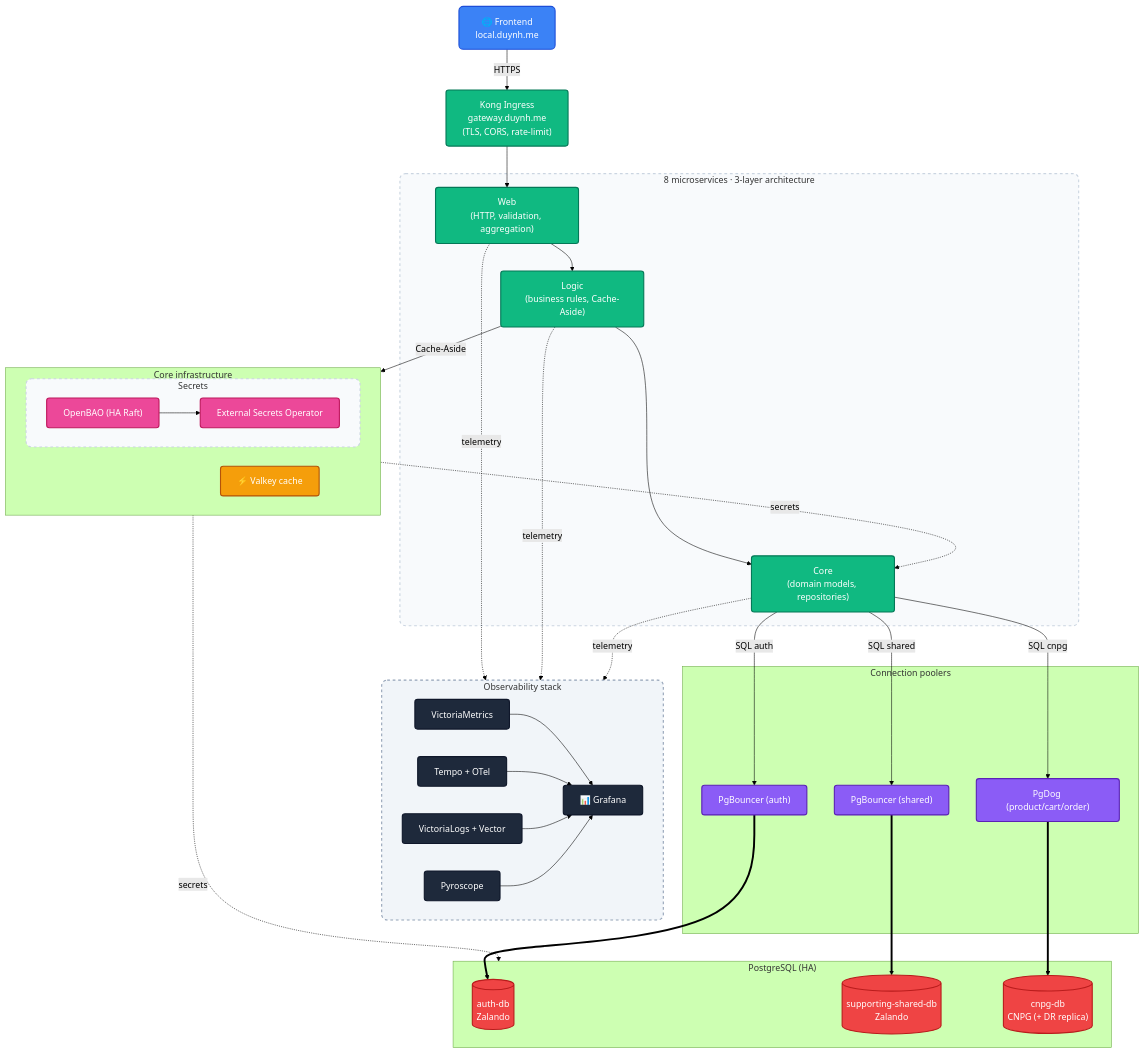
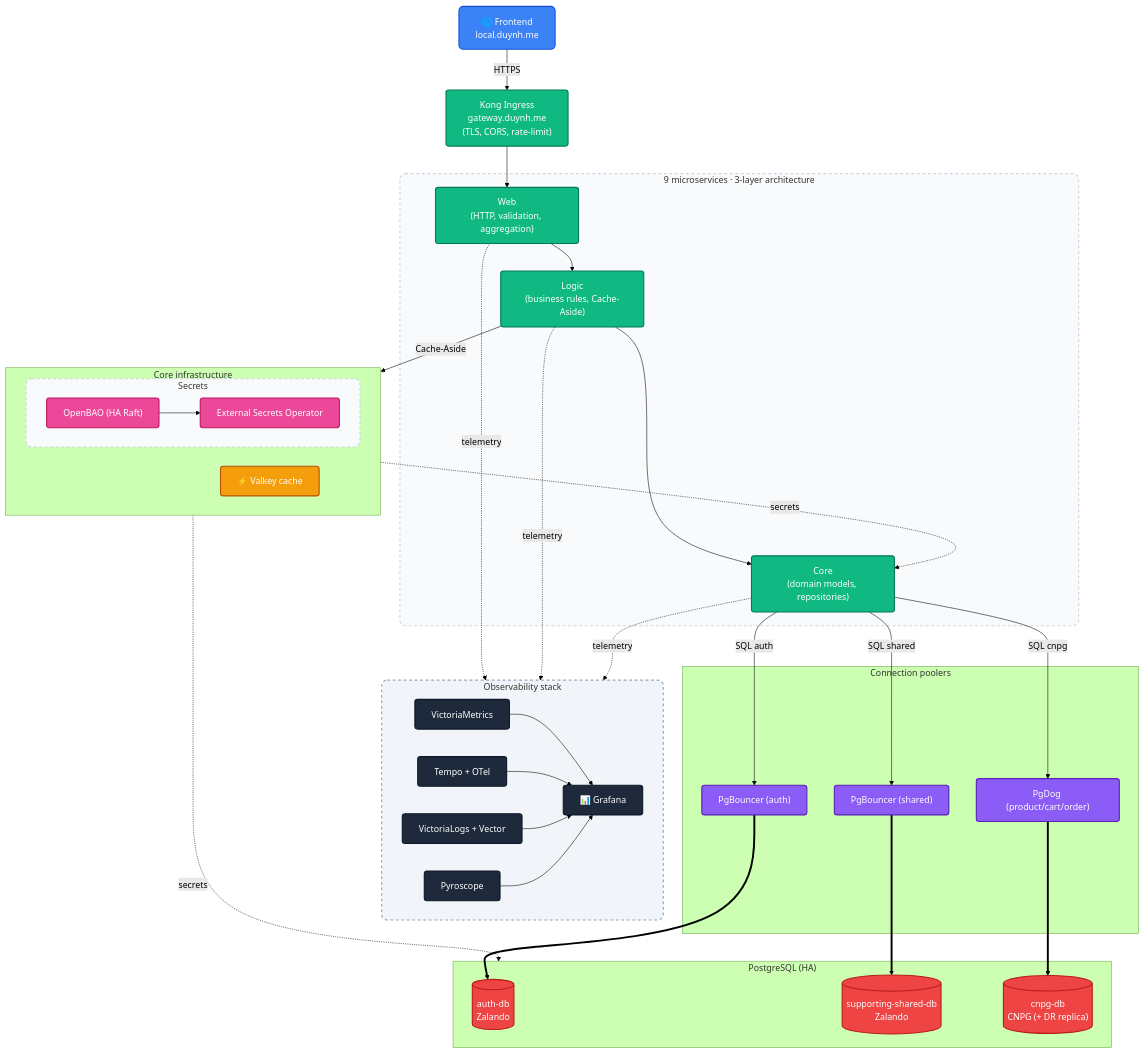
The diagram in README.md (duynhlab/homelab), drawn with Mermaid (forest theme) before and after one commit. The commit also changed other lines of this file and 43 other files, not shown here.

````diff
--- a/README.md
+++ b/README.md
@@ -37,69 +38,69 @@
 ```mermaid
 flowchart TD
     classDef frontend fill:#3b82f6,stroke:#1d4ed8,stroke-width:2px,color:#fff,rx:8px,ry:8px
     classDef layer    fill:#10b981,stroke:#047857,stroke-width:2px,color:#fff,rx:5px,ry:5px
     classDef cache    fill:#f59e0b,stroke:#b45309,stroke-width:2px,color:#fff,rx:5px,ry:5px
     classDef pooler   fill:#8b5cf6,stroke:#5b21b6,stroke-width:2px,color:#fff,rx:5px,ry:5px
     classDef database fill:#ef4444,stroke:#b91c1c,stroke-width:2px,color:#fff
     classDef obs      fill:#1e293b,stroke:#0f172a,stroke-width:2px,color:#fff,rx:5px,ry:5px
     classDef obsGroup fill:#f1f5f9,stroke:#94a3b8,stroke-width:2px,stroke-dasharray:5 5,rx:10px,ry:10px
     classDef secret   fill:#ec4899,stroke:#be185d,stroke-width:2px,color:#fff,rx:5px,ry:5px
     classDef servicebox fill:#f8fafc,stroke:#cbd5e1,stroke-width:2px,stroke-dasharray:5 5,rx:10px,ry:10px
 
     FE["🌐 Frontend<br/>local.duynh.me"]:::frontend
     Kong["Kong Ingress<br/>gateway.duynh.me<br/>(TLS, CORS, rate-limit)"]:::layer
 
-    subgraph Microservices ["8 microservices · 3-layer architecture"]
+    subgraph Microservices ["9 microservices · 3-layer architecture"]
         WebLayer["Web<br/>(HTTP, validation, aggregation)"]:::layer
         LogicLayer["Logic<br/>(business rules, Cache-Aside)"]:::layer
         CoreLayer["Core<br/>(domain models, repositories)"]:::layer
         WebLayer --> LogicLayer --> CoreLayer
     end
 
     subgraph Observability ["Observability stack"]
         direction LR
         prom["VictoriaMetrics"]:::obs
         tempo["Tempo + OTel"]:::obs
         vlogs["VictoriaLogs + Vector"]:::obs
         pyro["Pyroscope"]:::obs
         grafana["📊 Grafana"]:::obs
         prom & tempo & vlogs & pyro --> grafana
     end
 
     subgraph CoreInfra ["Core infrastructure"]
         direction LR
         valkey["⚡ Valkey cache"]:::cache
         subgraph SecretsDev ["Secrets"]
             openbao["OpenBAO (HA Raft)"]:::secret
             eso["External Secrets Operator"]:::secret
             openbao --> eso
         end
     end
 
     subgraph Poolers ["Connection poolers"]
         pb_auth["PgBouncer (auth)"]:::pooler
         pb_shared["PgBouncer (shared)"]:::pooler
         pdog["PgDog (product/cart/order)"]:::pooler
     end
 
     subgraph Databases ["PostgreSQL (HA)"]
         db_auth[("auth-db<br/>Zalando")]:::database
         db_shared[("supporting-shared-db<br/>Zalando")]:::database
         db_cnpg[("cnpg-db<br/>CNPG (+ DR replica)")]:::database
     end
 
     FE -->|HTTPS| Kong --> WebLayer
     WebLayer & LogicLayer & CoreLayer -.->|telemetry| Observability
     LogicLayer -->|Cache-Aside| valkey
     eso -.->|secrets| Databases
     eso -.->|secrets| CoreLayer
     CoreLayer -->|SQL auth| pb_auth
     CoreLayer -->|SQL shared| pb_shared
     CoreLayer -->|SQL cnpg| pdog
     pb_auth ==> db_auth
     pb_shared ==> db_shared
     pdog ==> db_cnpg
 
     class Microservices,SecretsDev servicebox
     class Observability obsGroup
 ```
````
